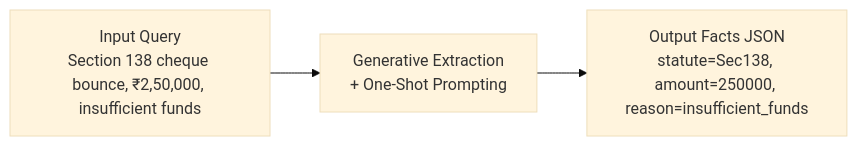
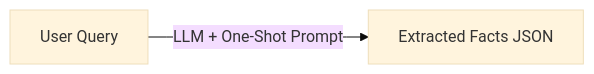
Before and after one commit to delisha02/droitdraft: the first of 8 diagrams in docs/implementation.md, drawn with Mermaid (base theme). The commit also changed other lines of this file, not shown here.

````diff
--- a/docs/implementation.md
+++ b/docs/implementation.md
@@ -46,8 +58,4 @@
 ```mermaid
 flowchart LR
-    Q["Input Query
-Section 138 cheque bounce, ₹2,50,000, insufficient funds"] --> EX["Generative Extraction
-+ One-Shot Prompting"]
-    EX --> F["Output Facts JSON
-statute=Sec138, amount=250000, reason=insufficient_funds"]
+        Q["User Query"] --> |"LLM + One-Shot Prompt"| FJ["Extracted Facts JSON"]
 ```
````
